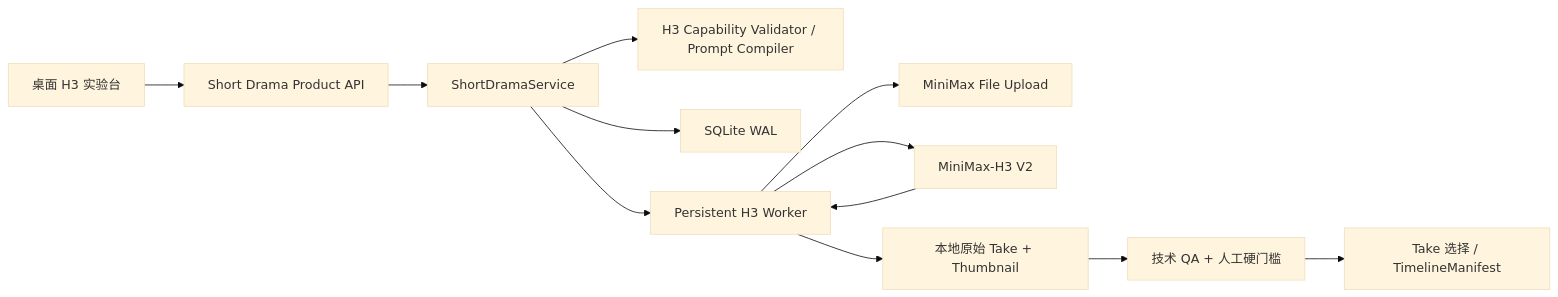
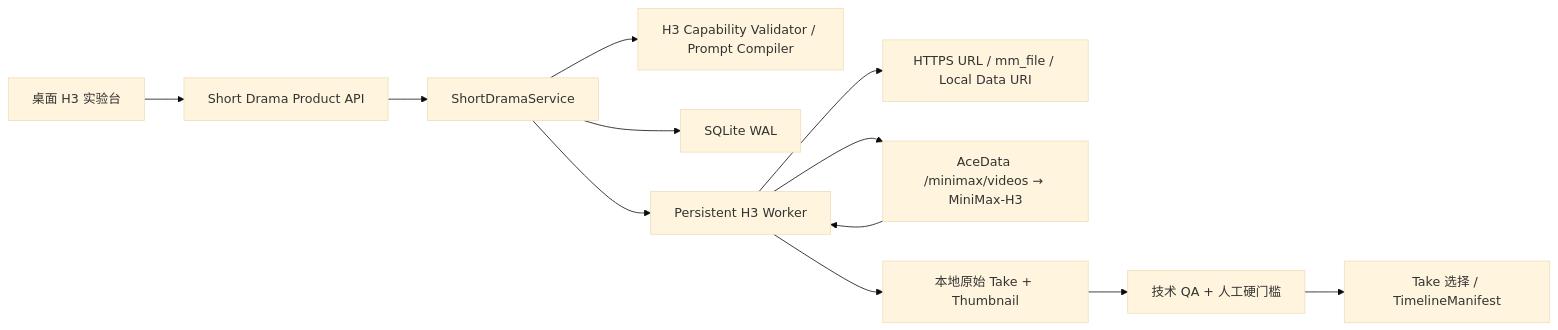
Before and after one commit to MicroYui/short-drama-studio: the diagram in docs/11-phase2-minimax-h3-provider.md, drawn with Mermaid (base theme). The commit also changed other lines of this file and 20 other files, not shown here.

Commit message:
feat: integrate MiniMax H3 through AceData

````diff
--- a/docs/11-phase2-minimax-h3-provider.md
+++ b/docs/11-phase2-minimax-h3-provider.md
@@ -30,14 +29,14 @@
 ```mermaid
 flowchart LR
     UI["桌面 H3 实验台"] --> API["Short Drama Product API"]
     API --> SERVICE["ShortDramaService"]
     SERVICE --> VALIDATOR["H3 Capability Validator / Prompt Compiler"]
     SERVICE --> DB["SQLite WAL"]
     SERVICE --> WORKER["Persistent H3 Worker"]
-    WORKER --> UPLOAD["MiniMax File Upload"]
-    WORKER --> H3["MiniMax-H3 V2"]
+    WORKER --> INPUT["HTTPS URL / mm_file / Local Data URI"]
+    WORKER --> H3["AceData /minimax/videos → MiniMax-H3"]
     H3 --> WORKER
     WORKER --> MEDIA["本地原始 Take + Thumbnail"]
     MEDIA --> QA["技术 QA + 人工硬门槛"]
     QA --> TIMELINE["Take 选择 / TimelineManifest"]
 ```
````
